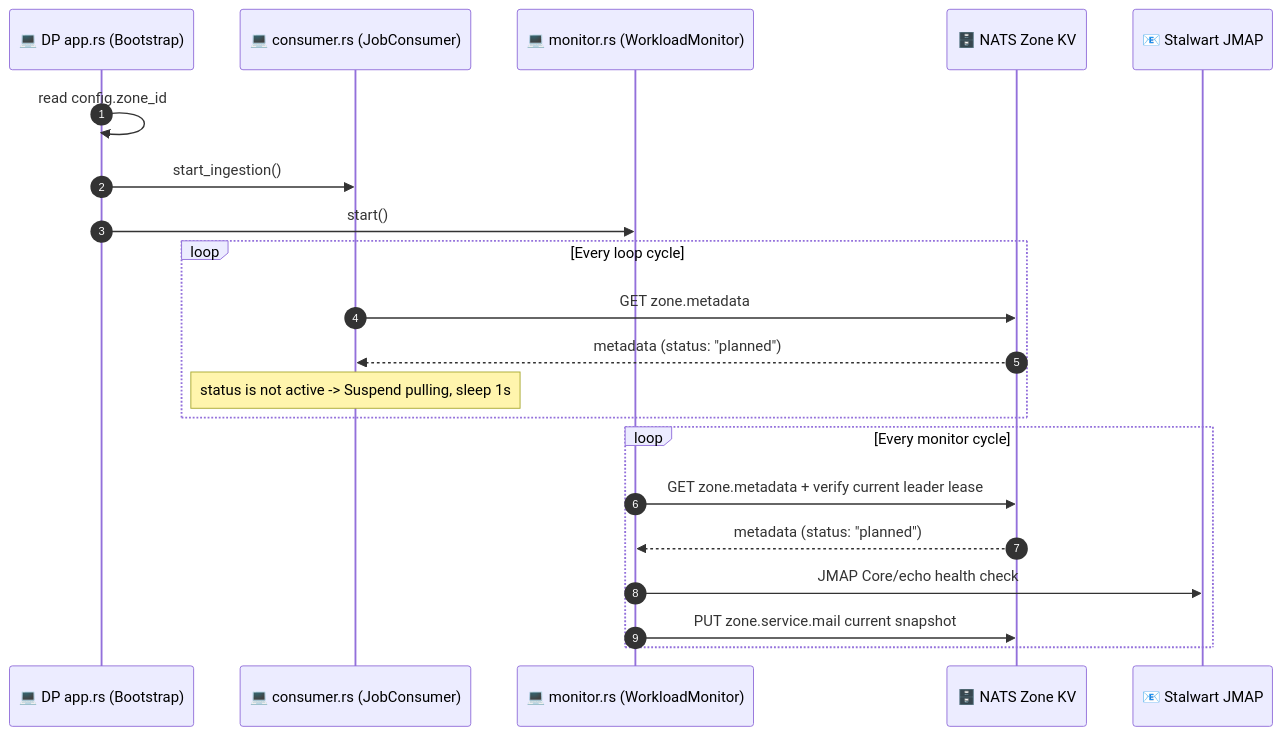
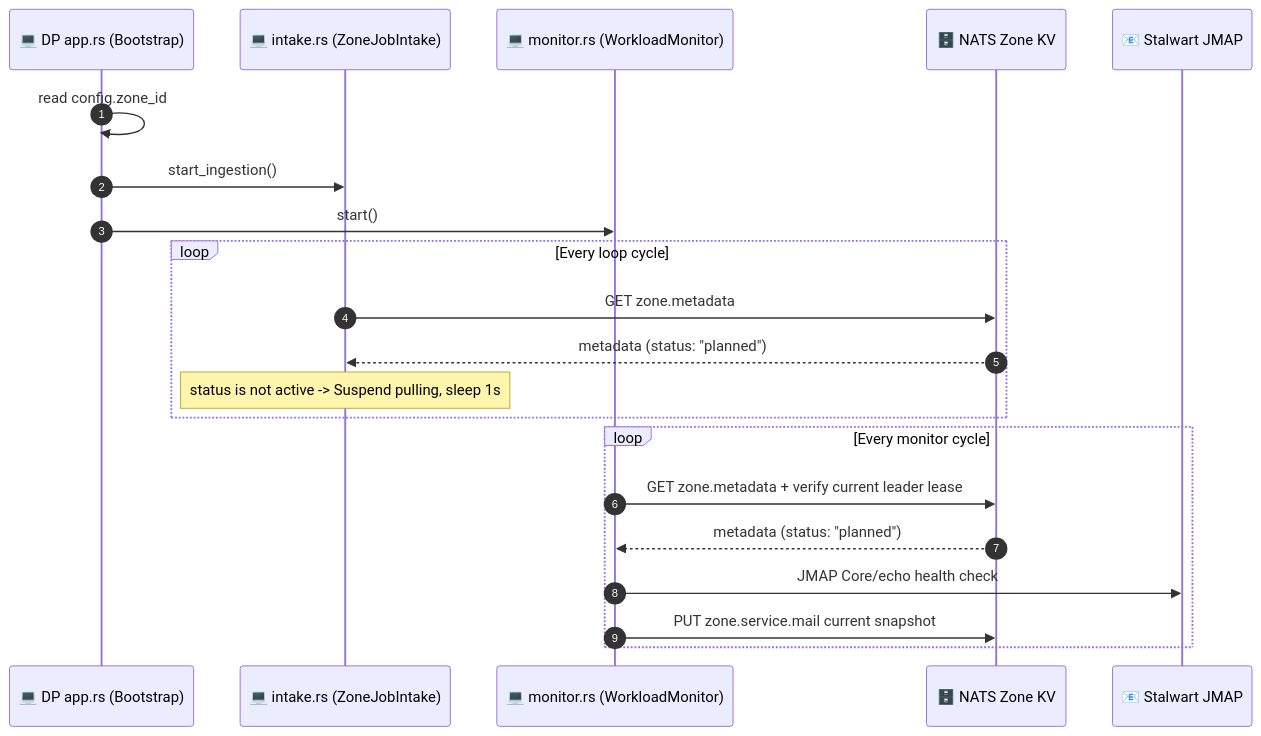
Before and after one commit to phucle996/aurora: the fourth of 21 diagrams in god_view/hierarchy/zone_lifecycle_god_view.md, drawn with Mermaid. The commit also changed other lines of this file and 62 other files, not shown here.

Commit message:
refactor: migrate job lifecycle to a new structured job_runtime module architecture

````diff
--- a/god_view/hierarchy/zone_lifecycle_god_view.md
+++ b/god_view/hierarchy/zone_lifecycle_god_view.md
@@ -287,26 +287,26 @@
 ```mermaid
 sequenceDiagram
     autonumber
     participant App as 💻 DP app.rs (Bootstrap)
-    participant Consumer as 💻 consumer.rs (JobConsumer)
+    participant Consumer as 💻 intake.rs (ZoneJobIntake)
     participant Monitor as 💻 monitor.rs (WorkloadMonitor)
     participant KV as 🗄️ NATS Zone KV
     participant SW as 📧 Stalwart JMAP
 
     App->>App: read config.zone_id
     App->>Consumer: start_ingestion()
     App->>Monitor: start()
     
     loop Every loop cycle
         Consumer->>KV: GET zone.metadata
         KV-->>Consumer: metadata (status: "planned")
         Note over Consumer: status is not active -> Suspend pulling, sleep 1s
     end
 
     loop Every monitor cycle
         Monitor->>KV: GET zone.metadata + verify current leader lease
         KV-->>Monitor: metadata (status: "planned")
         Monitor->>SW: JMAP Core/echo health check
         Monitor->>KV: PUT zone.service.mail current snapshot
     end
 ```
````
